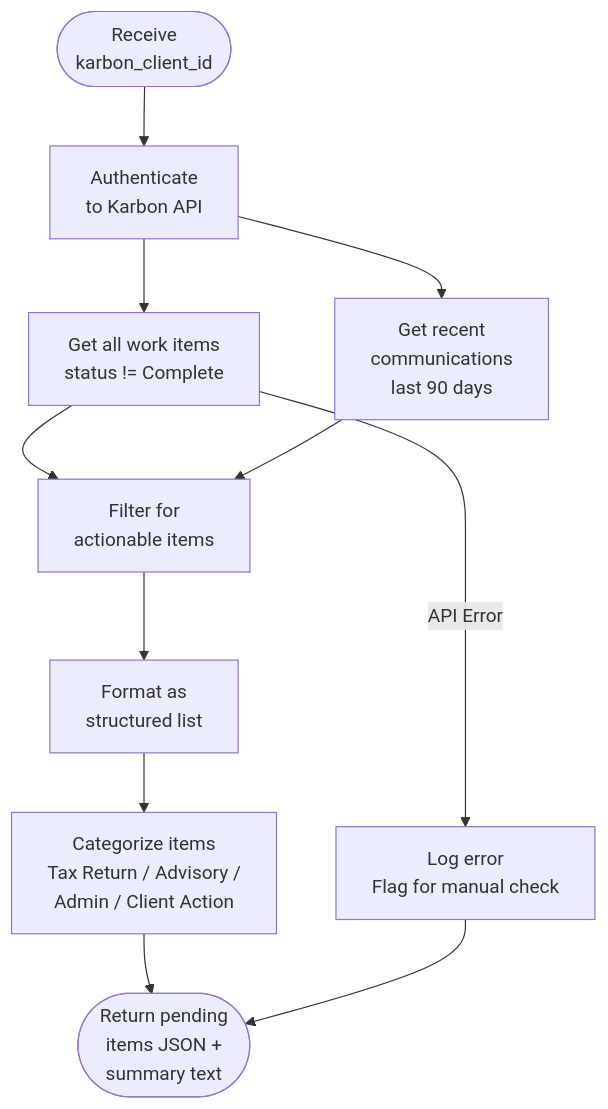
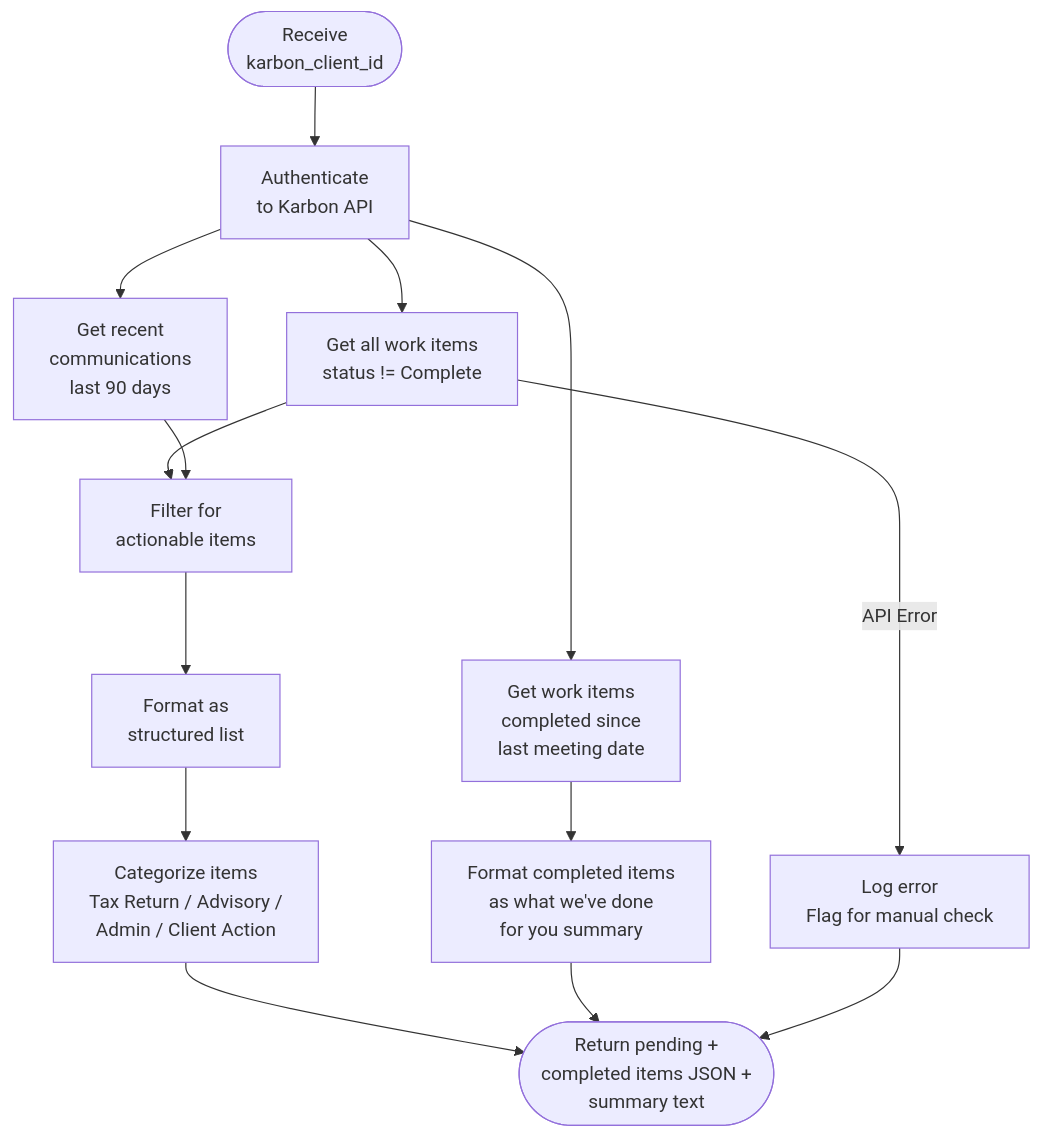
One commit to dkinvestments-art/n8n changed the fifth of 27 diagrams in docs/quarterly-meeting-automation/05-Comprehensive-Workflow-Documentation.md. Above: the diagram before and after it, drawn with Mermaid. The commit also changed other lines of this file, not shown here.

````diff
--- a/docs/quarterly-meeting-automation/05-Comprehensive-Workflow-Documentation.md
+++ b/docs/quarterly-meeting-automation/05-Comprehensive-Workflow-Documentation.md
@@ -313,14 +405,17 @@
 ```mermaid
 flowchart TD
     IN([Receive<br/>karbon_client_id]) --> AUTH[Authenticate<br/>to Karbon API]
     AUTH --> WORK[Get all work items<br/>status != Complete]
+    AUTH --> DONE[Get work items<br/>completed since<br/>last meeting date]
     AUTH --> COMM[Get recent<br/>communications<br/>last 90 days]
     WORK --> FILTER[Filter for<br/>actionable items]
     COMM --> FILTER
+    DONE --> STORY[Format completed items<br/>as what we've done<br/>for you summary]
     FILTER --> FORMAT[Format as<br/>structured list]
     FORMAT --> CATEGORIZE[Categorize items<br/>Tax Return / Advisory /<br/> Admin / Client Action]
-    CATEGORIZE --> OUT([Return pending<br/>items JSON +<br/>summary text])
+    CATEGORIZE --> OUT([Return pending +<br/>completed items JSON +<br/>summary text])
+    STORY --> OUT
 
     WORK -->|API Error| FALLBACK[Log error<br/>Flag for manual check]
     FALLBACK --> OUT
 ```
````
